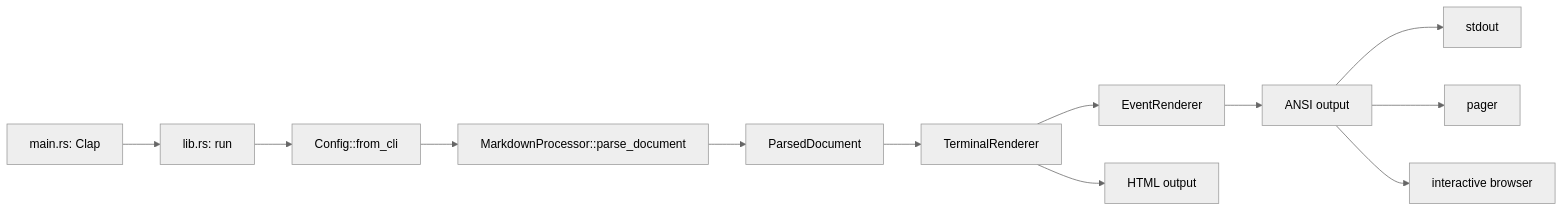
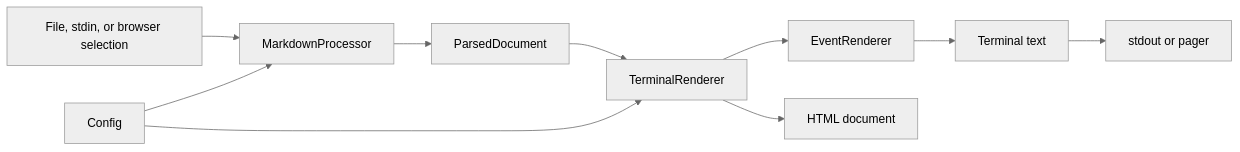
One commit to WhoSowSee/mdv changed the diagram in docs/modules/architecture.md. Above: the diagram before and after it, drawn with Mermaid (neutral theme). The commit also changed other lines of this file and 12 other files, not shown here.

````diff
--- a/docs/modules/architecture.md
+++ b/docs/modules/architecture.md
@@ -19,14 +20,12 @@
 ```mermaid
 flowchart LR
-    A["main.rs: Clap"] --> B["lib.rs: run"]
-    B --> C["Config::from_cli"]
-    C --> D["MarkdownProcessor::parse_document"]
-    D --> E["ParsedDocument"]
-    E --> F["TerminalRenderer"]
-    F --> G["EventRenderer"]
-    G --> H["ANSI output"]
-    F --> I["HTML output"]
-    H --> J["stdout"]
-    H --> K["pager"]
-    H --> L["interactive browser"]
+    A["File, stdin, or browser selection"] --> B["MarkdownProcessor"]
+    C["Config"] --> B
+    B --> D["ParsedDocument"]
+    D --> E["TerminalRenderer"]
+    C --> E
+    E --> F["EventRenderer"]
+    F --> G["Terminal text"]
+    E --> H["HTML document"]
+    G --> I["stdout or pager"]
 ```
````
